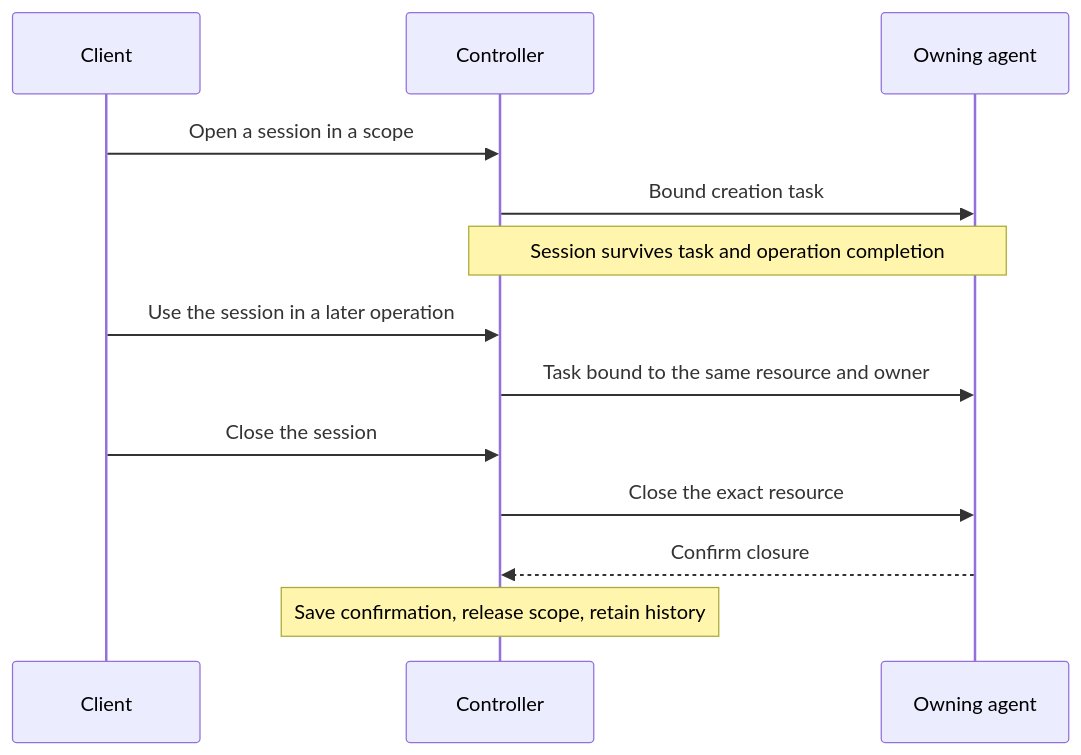
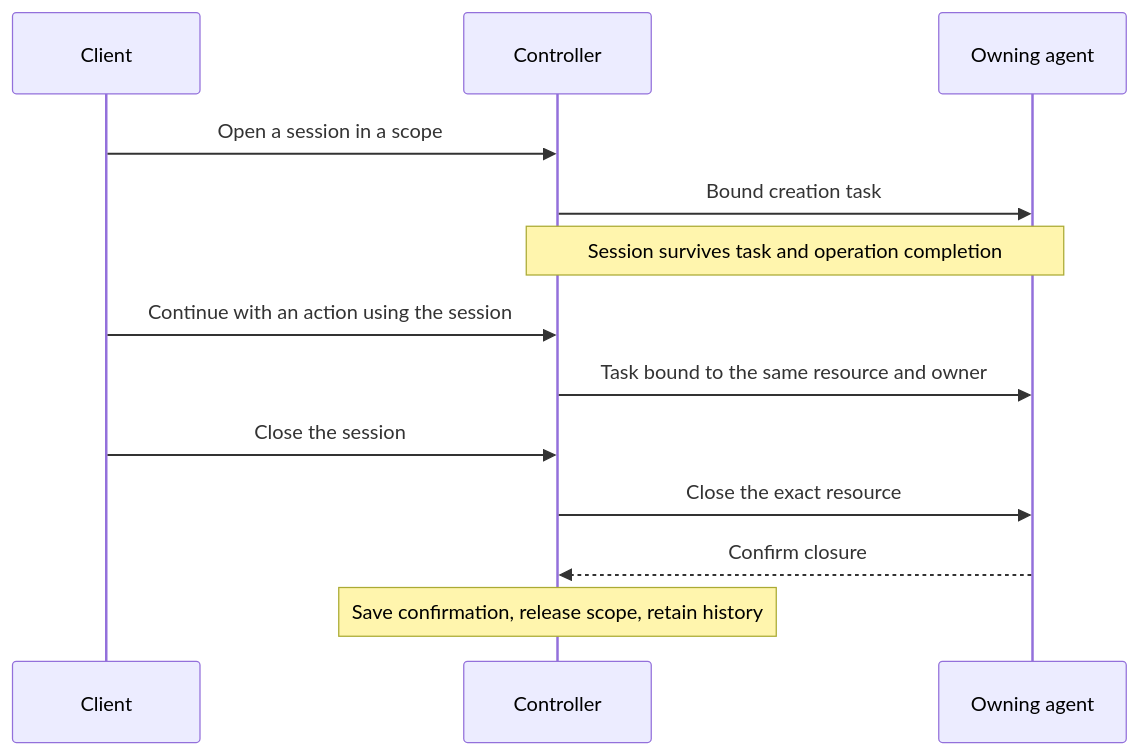
Before and after one commit to defos-ai/commander: the diagram in docs/features/sessions.md, drawn with Mermaid. The commit also changed other lines of this file and 21 other files, not shown here.

````diff
--- a/docs/features/sessions.md
+++ b/docs/features/sessions.md
@@ -35,15 +35,15 @@
 ```mermaid
 sequenceDiagram
     participant Client
     participant Controller
     participant Owner as Owning agent
     Client->>Controller: Open a session in a scope
     Controller->>Owner: Bound creation task
     Note over Controller,Owner: Session survives task and operation completion
-    Client->>Controller: Use the session in a later operation
+    Client->>Controller: Continue with an action using the session
     Controller->>Owner: Task bound to the same resource and owner
     Client->>Controller: Close the session
     Controller->>Owner: Close the exact resource
     Owner-->>Controller: Confirm closure
     Note over Controller: Save confirmation, release scope, retain history
 ```
````
